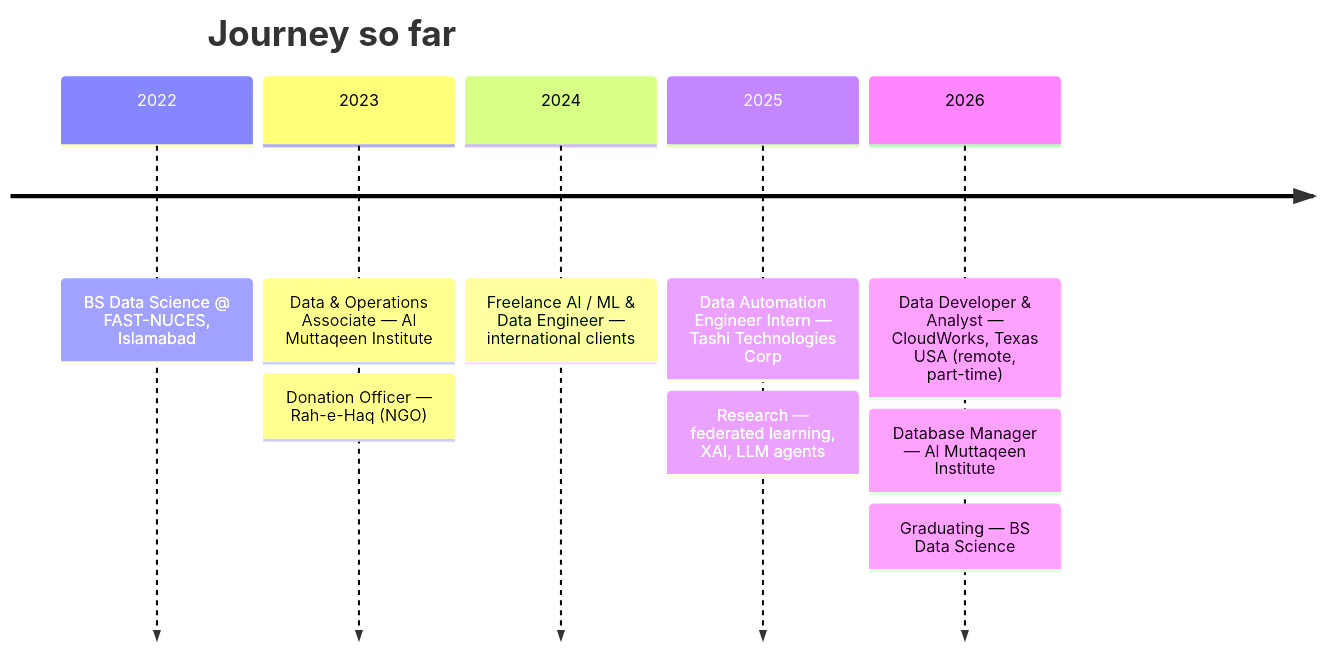
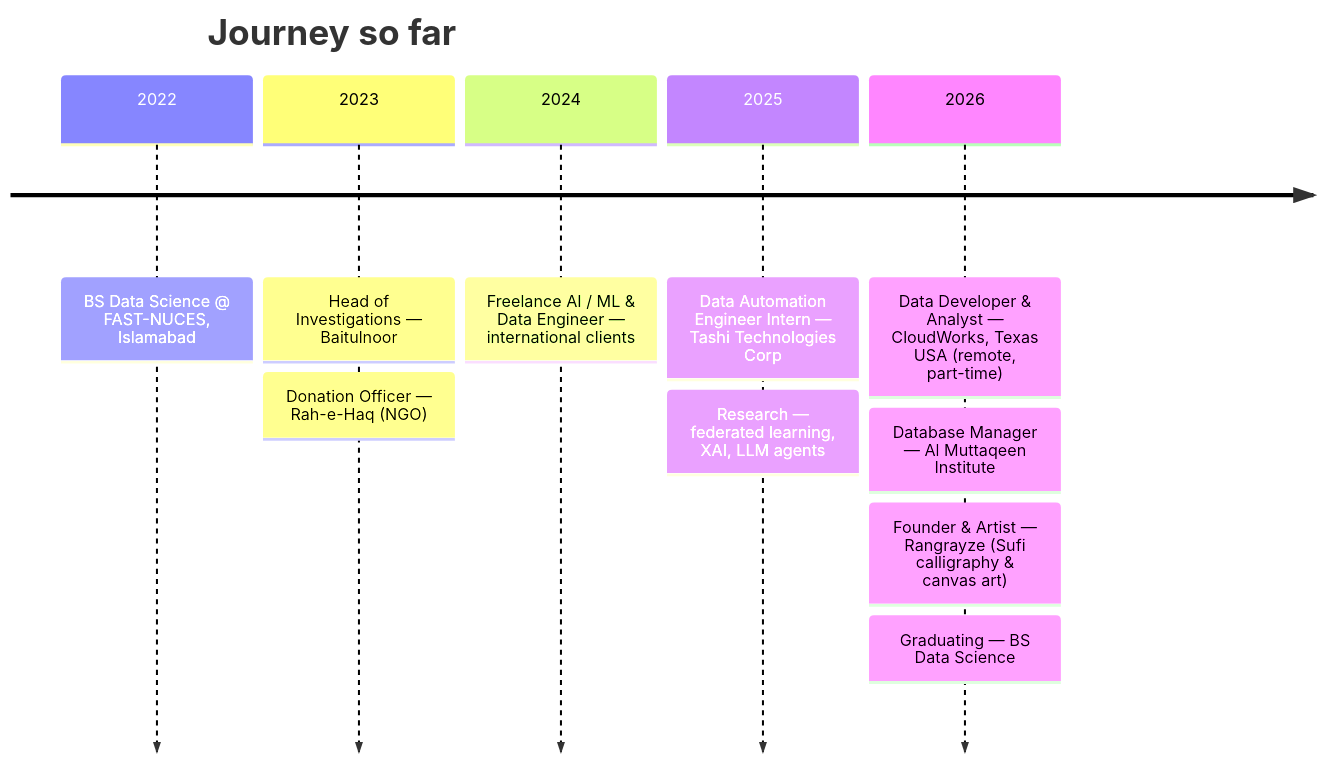
Before and after one commit to laiba-mazhar/laiba-mazhar: the diagram in README.md, drawn with Mermaid. The commit also changed other lines of this file, not shown here.

Commit message:
Update experience: add Rangrayze and Baitulnoor, drop 2023 Al Muttaqeen

````diff
--- a/README.md
+++ b/README.md
@@ -237,13 +238,14 @@
 ```mermaid
 timeline
     title Journey so far
     2022 : BS Data Science @ FAST-NUCES, Islamabad
-    2023 : Data & Operations Associate — Al Muttaqeen Institute
+    2023 : Head of Investigations — Baitulnoor
          : Donation Officer — Rah-e-Haq (NGO)
     2024 : Freelance AI / ML & Data Engineer — international clients
     2025 : Data Automation Engineer Intern — Tashi Technologies Corp
          : Research — federated learning, XAI, LLM agents
     2026 : Data Developer & Analyst — CloudWorks, Texas USA (remote, part-time)
          : Database Manager — Al Muttaqeen Institute
+         : Founder & Artist — Rangrayze (Sufi calligraphy & canvas art)
          : Graduating — BS Data Science
 ```
````
